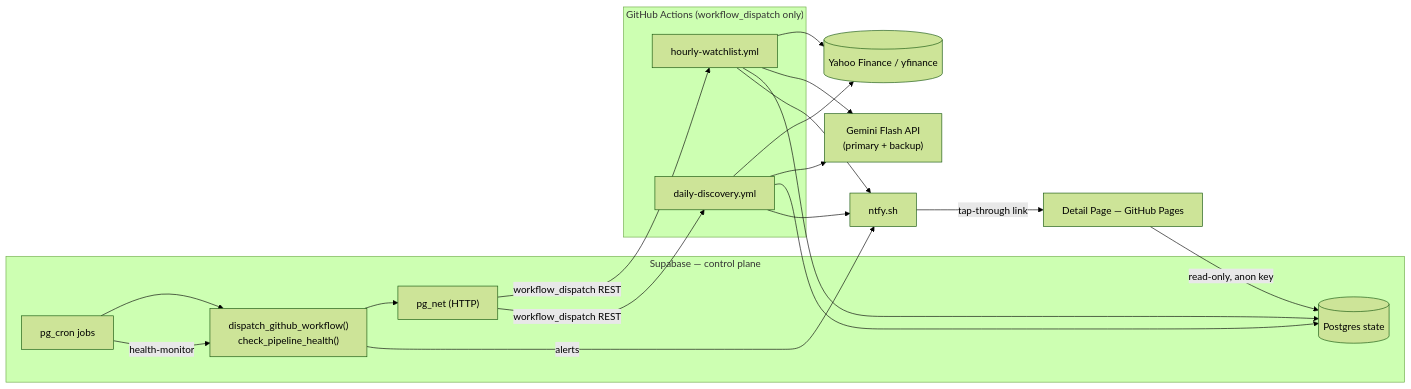
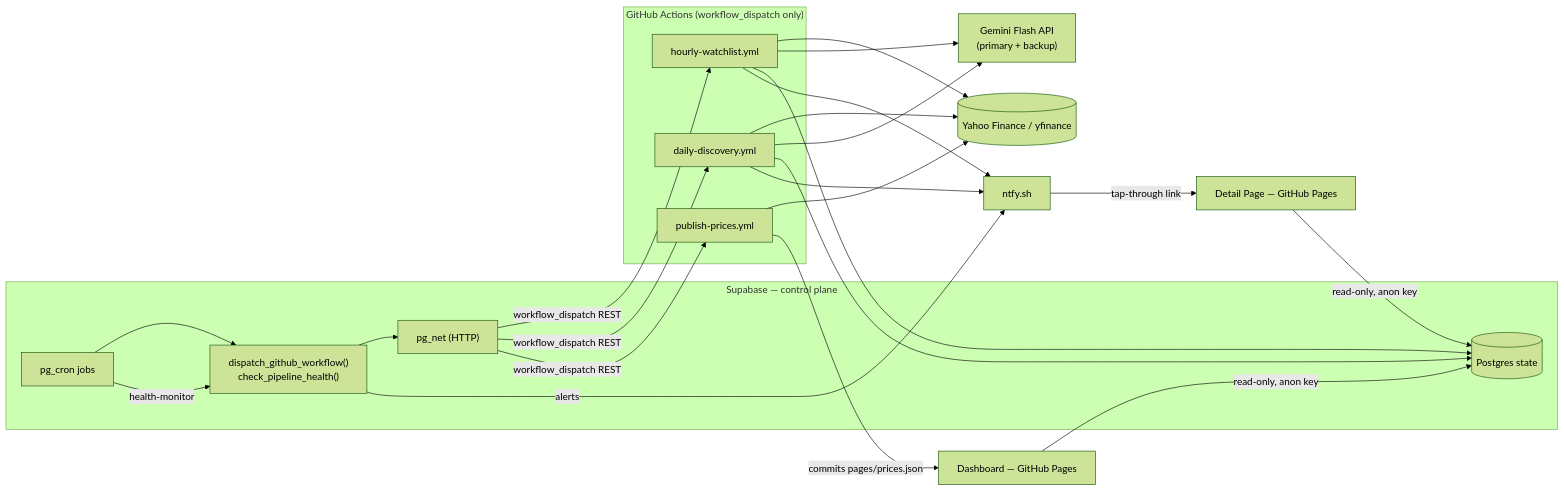
One commit to arjun-batra/stock-advisory-analysis changed the first of 3 diagrams in requirements_docs/SD.md. Above: the diagram before and after it, drawn with Mermaid (forest theme). The commit also changed other lines of this file and 1 other file, not shown here.

Commit message:
SD v13 → v14: document Part-1 issue cleanup (#13-#18) + Phase 6 (NSE) + Phase 7 (dashboard) as live, correct §13's live-price architecture (server-published prices.json, not direct browser fetch), fix §8 stale self-reference

````diff
--- a/requirements_docs/SD.md
+++ b/requirements_docs/SD.md
@@ -131,34 +140,40 @@
 ```mermaid
 flowchart LR
     subgraph SBCTRL["Supabase — control plane"]
         CRON["pg_cron jobs"]
         NET["pg_net (HTTP)"]
         FN["dispatch_github_workflow()\ncheck_pipeline_health()"]
         DB[("Postgres state")]
     end
     subgraph GH["GitHub Actions (workflow_dispatch only)"]
         H["hourly-watchlist.yml"]
         D["daily-discovery.yml"]
+        PP["publish-prices.yml"]
     end
     YF[("Yahoo Finance / yfinance")]
     GM["Gemini Flash API\n(primary + backup)"]
     NTFY["ntfy.sh"]
     PAGE["Detail Page — GitHub Pages"]
- 
+    DASH["Dashboard — GitHub Pages"]
+
     CRON --> FN
     FN --> NET
     NET -->|workflow_dispatch REST| H
     NET -->|workflow_dispatch REST| D
+    NET -->|workflow_dispatch REST| PP
     CRON -->|health-monitor| FN
     FN -->|alerts| NTFY
     H --> YF
     D --> YF
+    PP --> YF
     H --> GM
     D --> GM
     H --> DB
     D --> DB
     H --> NTFY
     D --> NTFY
     NTFY -->|tap-through link| PAGE
     PAGE -->|read-only, anon key| DB
+    PP -->|commits pages/prices.json| DASH
+    DASH -->|read-only, anon key| DB
 ```
````
